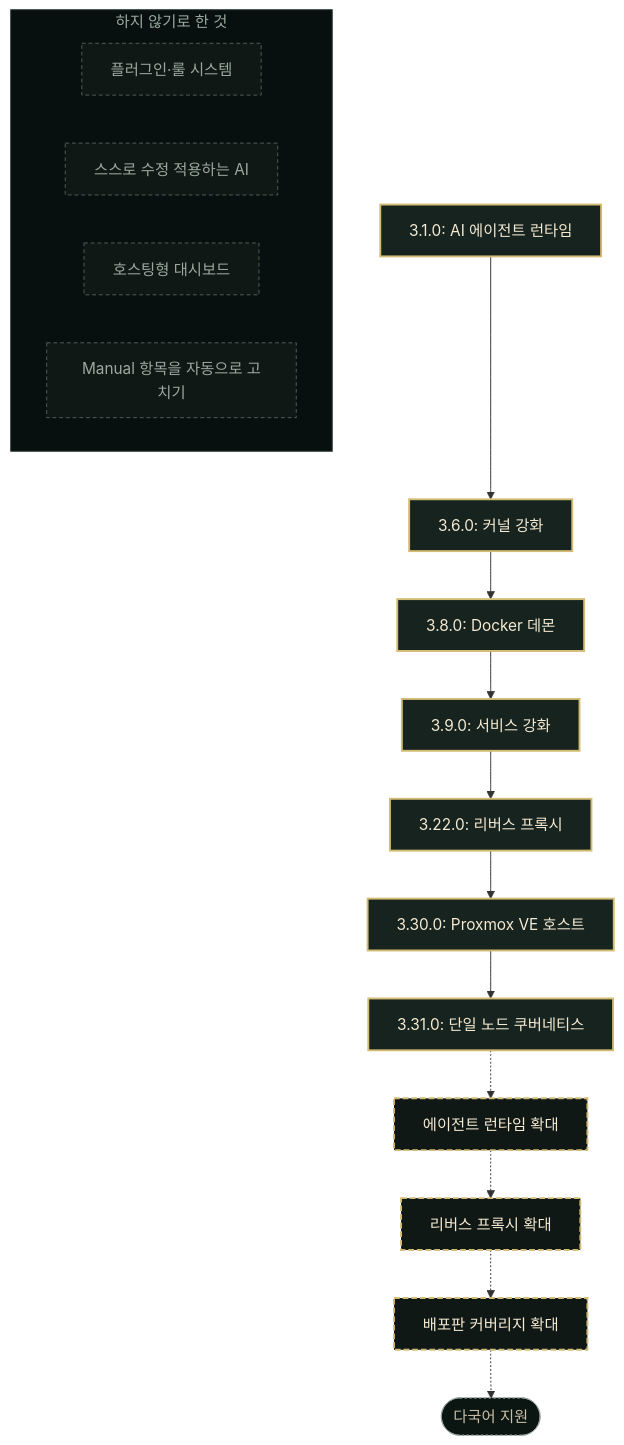
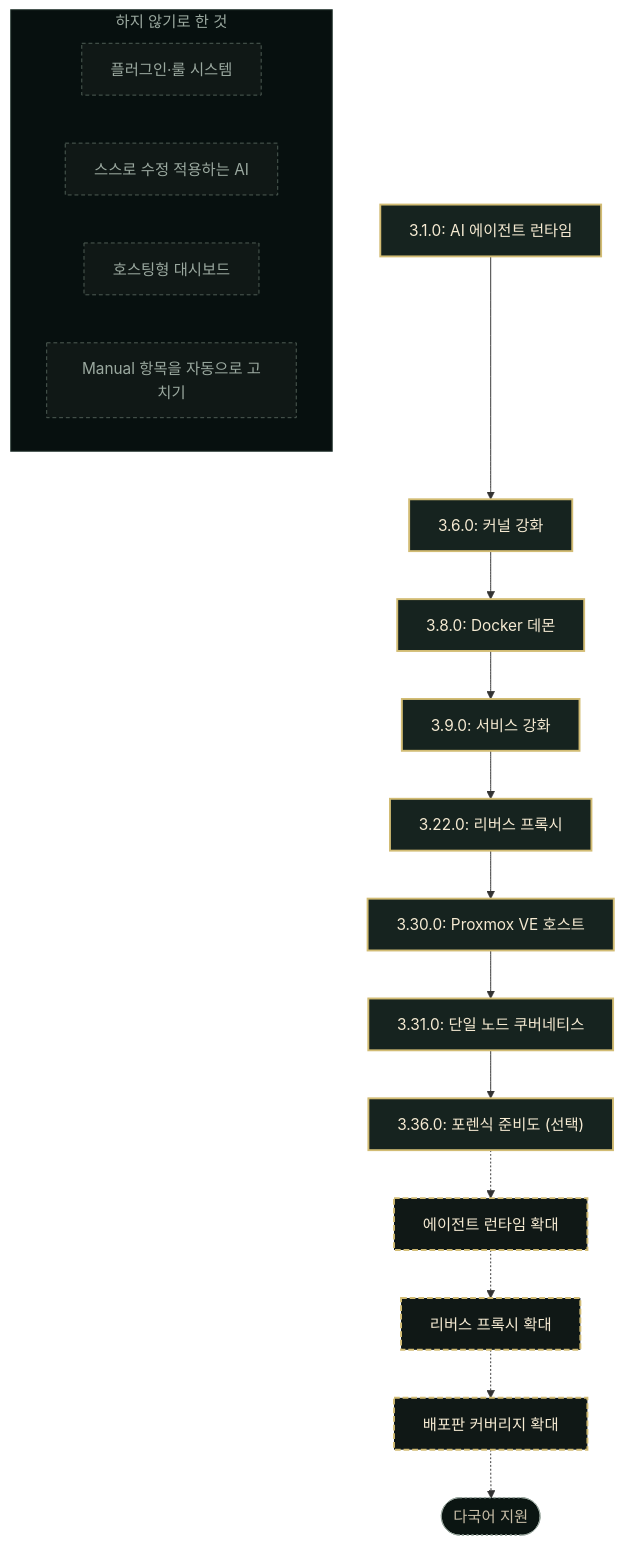
Before and after one commit to seolcu/hostveil: the diagram in README.ko.md, drawn with Mermaid. The commit also changed 9 other files, not shown here.

````diff
--- a/README.ko.md
+++ b/README.ko.md
@@ -374,32 +374,33 @@
 ```mermaid
 graph TD
     v1["3.1.0: AI 에이전트 런타임"] --> v2["3.6.0: 커널 강화"]
     v2 --> v3["3.8.0: Docker 데몬"]
     v3 --> v4["3.9.0: 서비스 강화"]
     v4 --> v5["3.22.0: 리버스 프록시"]
     v5 --> v6["3.30.0: Proxmox VE 호스트"]
     v6 --> v7["3.31.0: 단일 노드 쿠버네티스"]
-    v7 -.-> n1["에이전트 런타임 확대"]
+    v7 --> v8["3.36.0: 포렌식 준비도 (선택)"]
+    v8 -.-> n1["에이전트 런타임 확대"]
     n1 -.-> n2["리버스 프록시 확대"]
     n2 -.-> n3["배포판 커버리지 확대"]
     n3 -.-> e4(["다국어 지원"])
 
     subgraph np["하지 않기로 한 것"]
         x1["플러그인·룰 시스템"]
         x2["스스로 수정 적용하는 AI"]
         x3["호스팅형 대시보드"]
         x4["Manual 항목을 자동으로 고치기"]
     end
 
     classDef shipped fill:#16231f,stroke:#d2bc74,stroke-width:2px,color:#f5ead2
     classDef next fill:#101816,stroke:#d2bc74,stroke-width:2px,stroke-dasharray:6 3,color:#f5ead2
     classDef exploring fill:#0b1512,stroke:#9aa89f,stroke-width:1px,stroke-dasharray:2 3,color:#c8bea7
     classDef notplanned fill:#101816,stroke:#516057,stroke-width:1px,stroke-dasharray:4 3,color:#9aa89f
     classDef npTitle fill:#07100f,stroke:#31413b,color:#9aa89f
 
-    class v1,v2,v3,v4,v5,v6,v7 shipped
+    class v1,v2,v3,v4,v5,v6,v7,v8 shipped
     class n1,n2,n3 next
     class e4 exploring
     class x1,x2,x3,x4 notplanned
     class np npTitle
 ```
````
